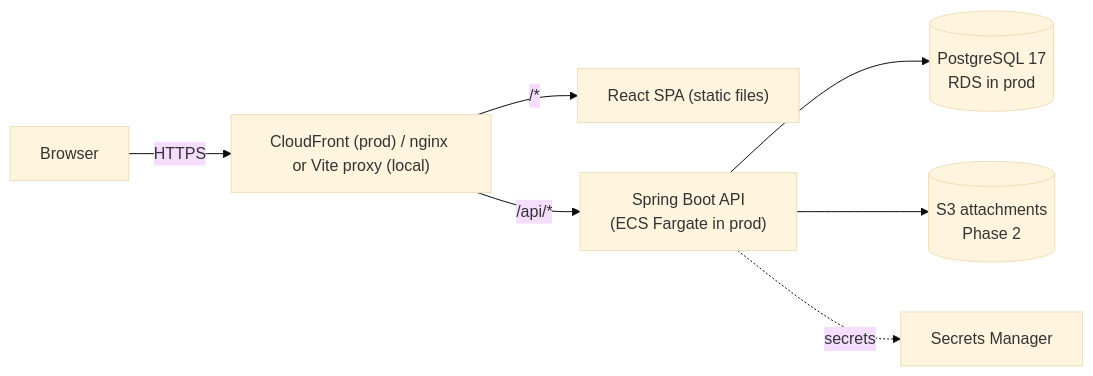
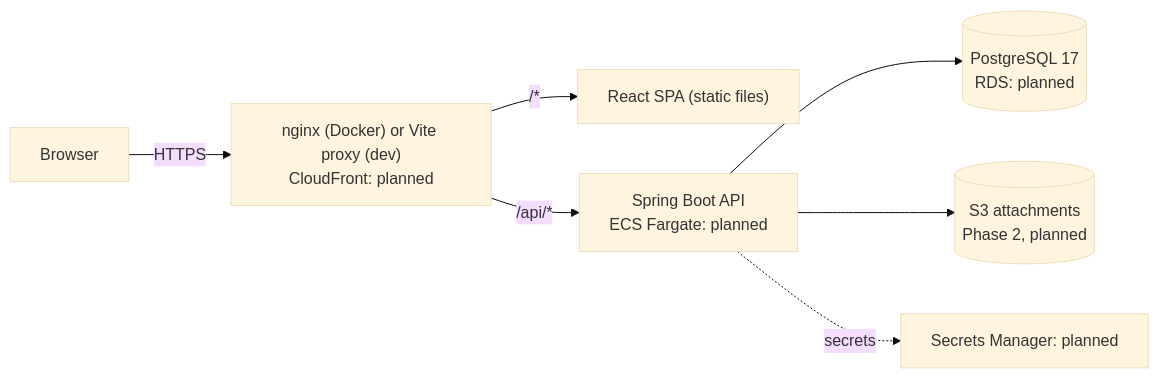
The first of 6 diagrams in docs/architecture.md (Adebozz/enterprise-service-management), drawn with Mermaid (base theme) before and after one commit. The commit also changed other lines of this file and 18 other files, not shown here.

````diff
--- a/docs/architecture.md
+++ b/docs/architecture.md
@@ -11,9 +11,9 @@
 ```mermaid
 flowchart LR
-    Browser -->|HTTPS| Edge["CloudFront (prod) / nginx or Vite proxy (local)"]
+    Browser -->|HTTPS| Edge["nginx (Docker) or Vite proxy (dev)<br/>CloudFront: planned"]
     Edge -->|"/*"| SPA["React SPA (static files)"]
-    Edge -->|"/api/*"| API["Spring Boot API<br/>(ECS Fargate in prod)"]
-    API --> DB[(PostgreSQL 17<br/>RDS in prod)]
-    API --> S3[(S3 attachments<br/>Phase 2)]
-    API -.secrets.-> SM[Secrets Manager]
+    Edge -->|"/api/*"| API["Spring Boot API<br/>ECS Fargate: planned"]
+    API --> DB[(PostgreSQL 17<br/>RDS: planned)]
+    API --> S3[(S3 attachments<br/>Phase 2, planned)]
+    API -.secrets.-> SM[Secrets Manager: planned]
 ```
````
